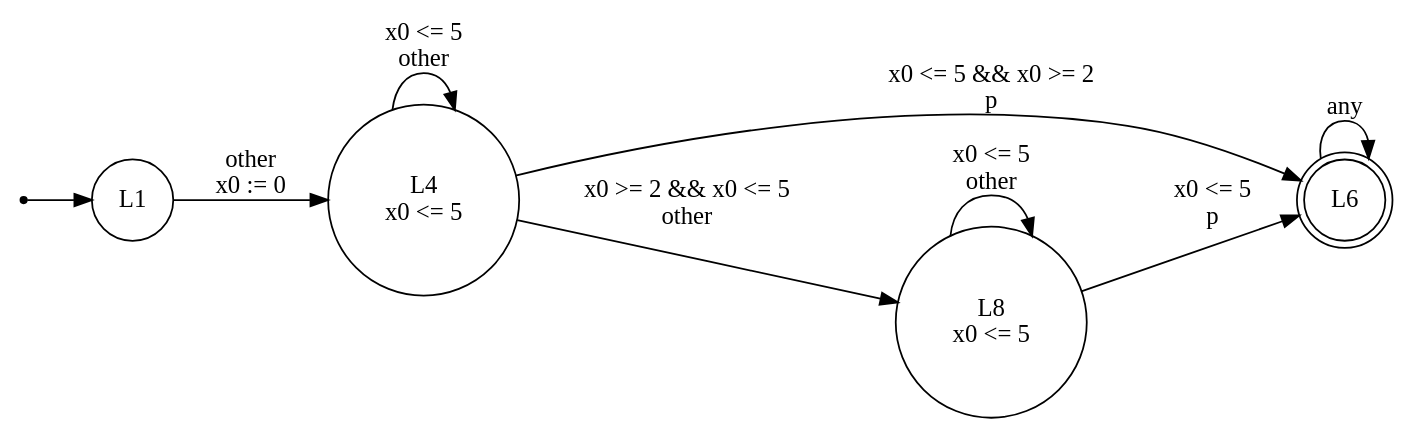
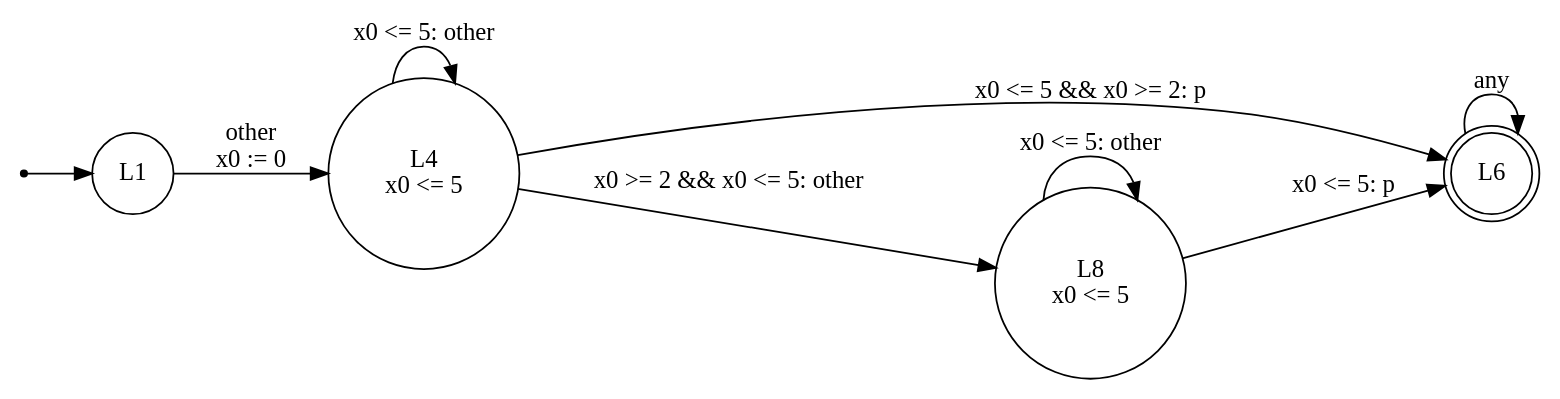
One commit to efares1/MTL2BA changed the diagram in tool/examples/ex3.dot. Above: the diagram before and after it, drawn with Graphviz. The commit also changed 16 other files, not shown here.

```diff
--- a/tool/examples/ex3.dot
+++ b/tool/examples/ex3.dot
@@ -1,17 +1,17 @@
 digraph TA {
   rankdir=LR;
   node [shape=circle];
   init [shape=point];
   init -> L1;
   L1 [shape=circle, label="L1"];
   L4 [shape=circle, label="L4\nx0 <= 5"];
   L6 [shape=doublecircle, label="L6"];
   L8 [shape=circle, label="L8\nx0 <= 5"];
-  L8 -> L8 [label="x0 <= 5\nother"];
-  L8 -> L6 [label="x0 <= 5\np"];
+  L1 -> L4 [label="other\nx0 := 0"];
+  L4 -> L6 [label="x0 <= 5 && x0 >= 2: p"];
+  L4 -> L4 [label="x0 <= 5: other"];
+  L4 -> L8 [label="x0 >= 2 && x0 <= 5: other"];
   L6 -> L6 [label="any"];
-  L4 -> L8 [label="x0 >= 2 && x0 <= 5\nother"];
-  L4 -> L4 [label="x0 <= 5\nother"];
-  L4 -> L6 [label="x0 <= 5 && x0 >= 2\np"];
-  L1 -> L4 [label="other\nx0 := 0"];
+  L8 -> L6 [label="x0 <= 5: p"];
+  L8 -> L8 [label="x0 <= 5: other"];
 }
```
